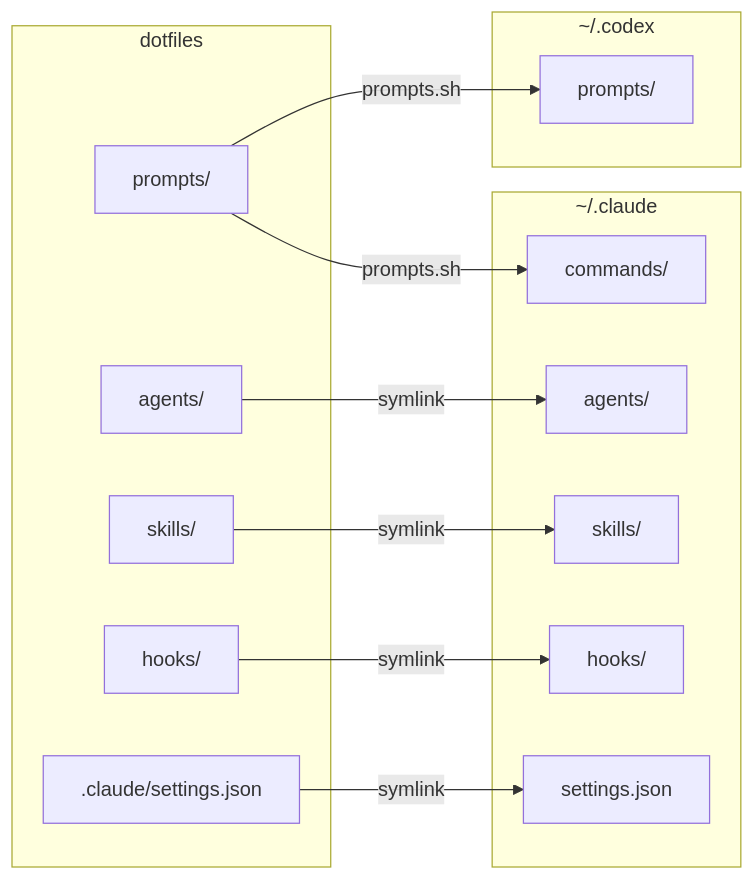
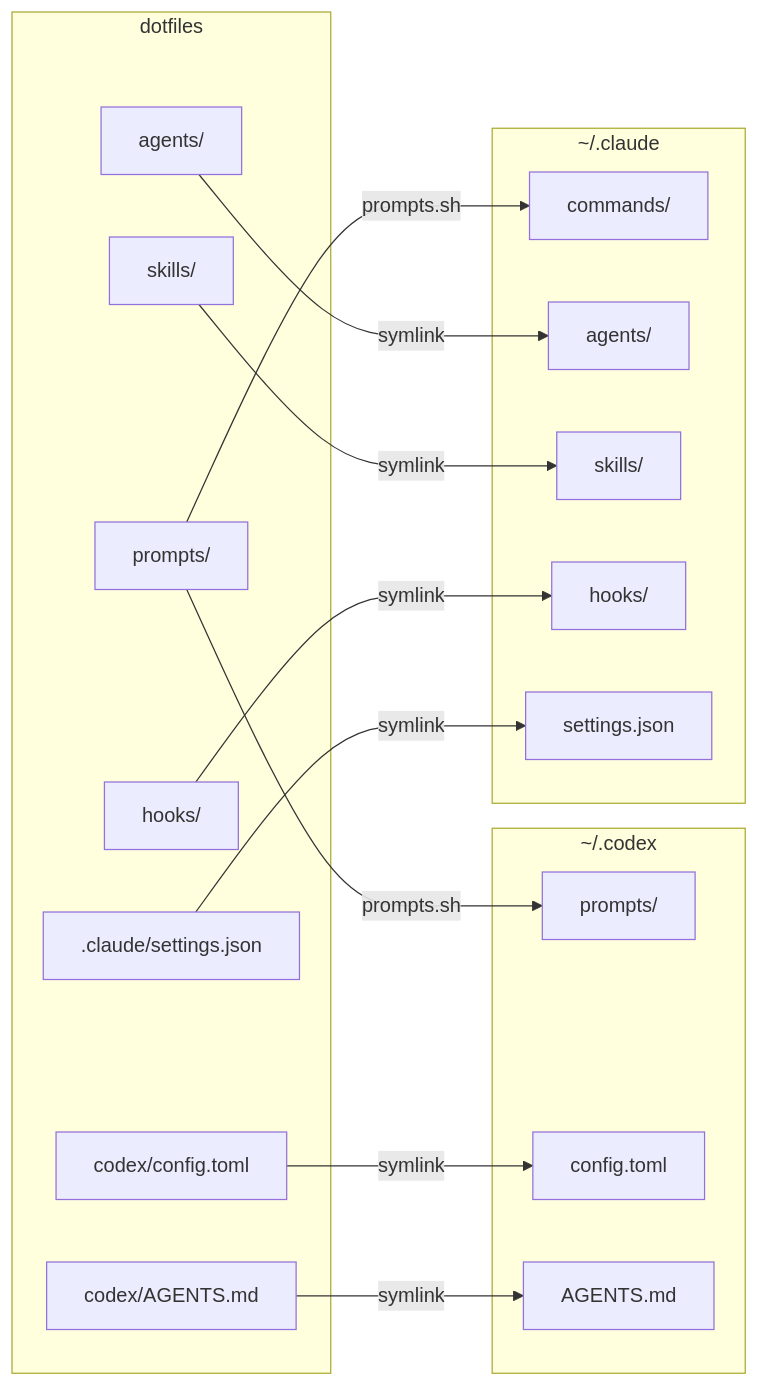
One commit to uuta/dotfiles changed the diagram in README.md. Above: the diagram before and after it, drawn with Mermaid. The commit also changed other lines of this file and 1 other file, not shown here.

Commit message:
Add symlinks for Codex config files

````diff
--- a/README.md
+++ b/README.md
@@ -53,29 +53,35 @@
 ```mermaid
 graph LR
     subgraph dotfiles
         P[prompts/]
         A[agents/]
         S[skills/]
         H[hooks/]
+        D[codex/config.toml]
+        E[codex/AGENTS.md]
         C[.claude/settings.json]
     end
 
     subgraph "~/.codex"
         CP[prompts/]
+        CX[config.toml]
+        CG[AGENTS.md]
     end
 
     subgraph "~/.claude"
         CC[commands/]
         CA[agents/]
         CS[skills/]
         CH[hooks/]
         CJ[settings.json]
     end
 
     P -->|prompts.sh| CP
     P -->|prompts.sh| CC
     A -->|symlink| CA
     S -->|symlink| CS
     H -->|symlink| CH
+    D -->|symlink| CX
+    E -->|symlink| CG
     C -->|symlink| CJ
 ```
````
